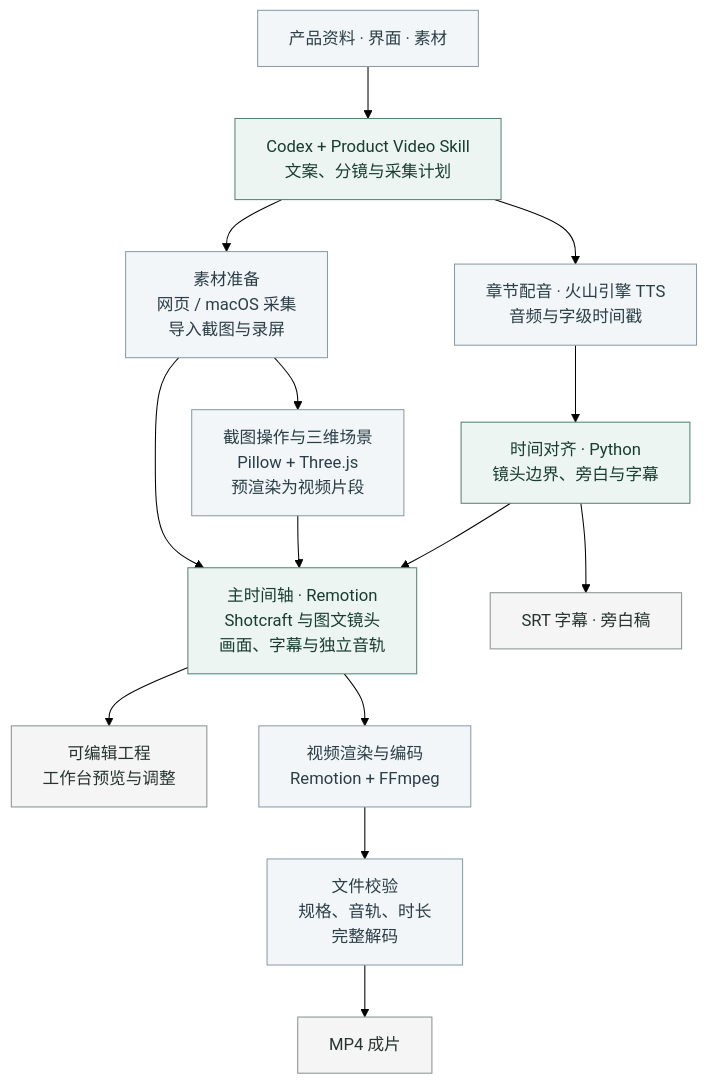
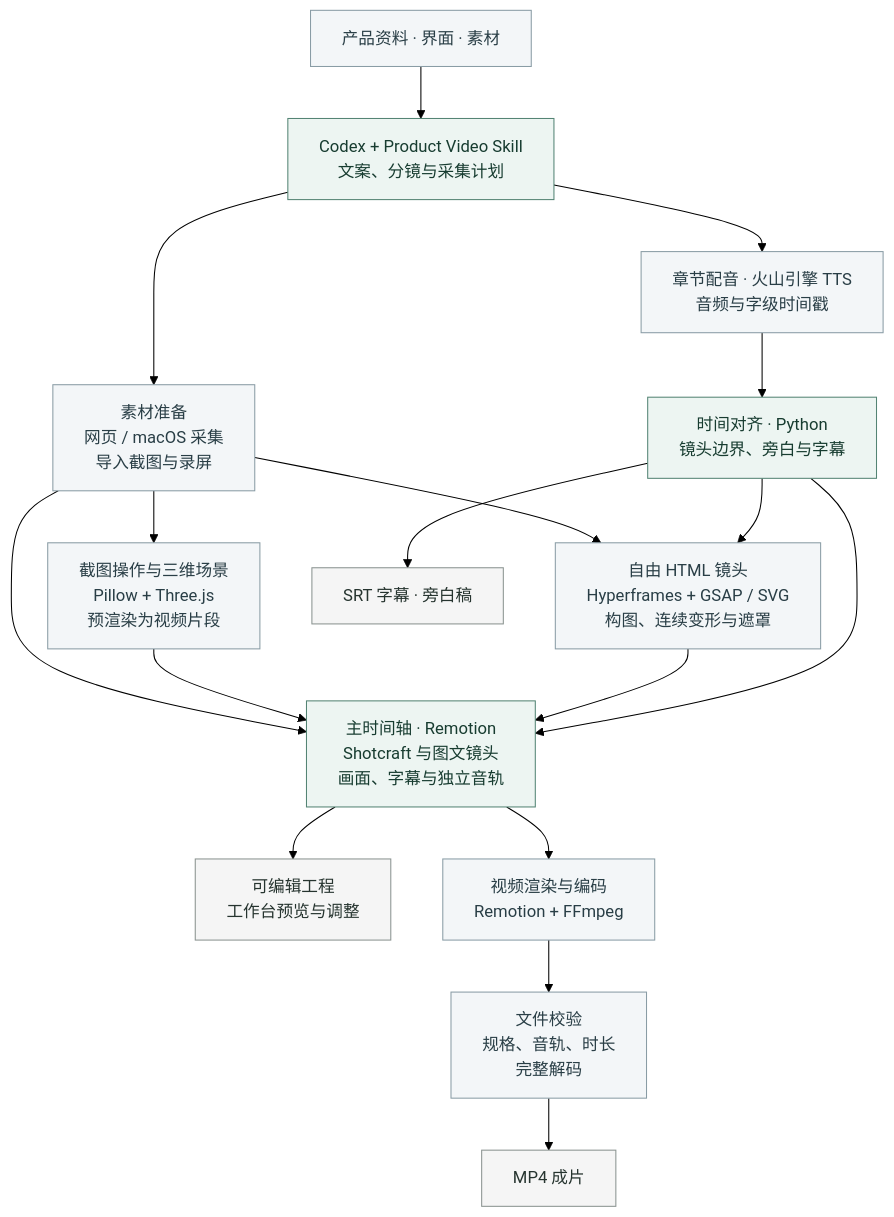
Before and after one commit to Lincb522/product-video: the diagram in README.md, drawn with Mermaid (forest theme). The commit also changed other lines of this file and 28 other files, not shown here.

````diff
--- a/README.md
+++ b/README.md
@@ -93,22 +118,25 @@
 ```mermaid
 flowchart TB
     source["产品资料 · 界面 · 素材"] --> plan["Codex + Product Video Skill<br/>文案、分镜与采集计划"]
     plan --> assets["素材准备<br/>网页 / macOS 采集<br/>导入截图与录屏"]
     plan --> voice["章节配音 · 火山引擎 TTS<br/>音频与字级时间戳"]
     voice --> timing["时间对齐 · Python<br/>镜头边界、旁白与字幕"]
     assets --> scenes["截图操作与三维场景<br/>Pillow + Three.js<br/>预渲染为视频片段"]
+    assets --> html["自由 HTML 镜头<br/>Hyperframes + GSAP / SVG<br/>构图、连续变形与遮罩"]
     assets --> timeline["主时间轴 · Remotion<br/>Shotcraft 与图文镜头<br/>画面、字幕与独立音轨"]
     scenes --> timeline
+    timing --> html
+    html --> timeline
     timing --> timeline
     timeline --> project["可编辑工程<br/>工作台预览与调整"]
     timeline --> render["视频渲染与编码<br/>Remotion + FFmpeg"]
     render --> verify["文件校验<br/>规格、音轨、时长<br/>完整解码"]
     verify --> output["MP4 成片"]
     timing --> captions["SRT 字幕 · 旁白稿"]
 
     classDef default fill:#f3f6f8,stroke:#899ca5,color:#293e46;
     classDef stage fill:#edf5f2,stroke:#548474,color:#173c30;
     classDef result fill:#f5f5f5,stroke:#8a9390,color:#26342f;
     class plan,timing,timeline stage;
     class project,output,captions result;
 ```
````
